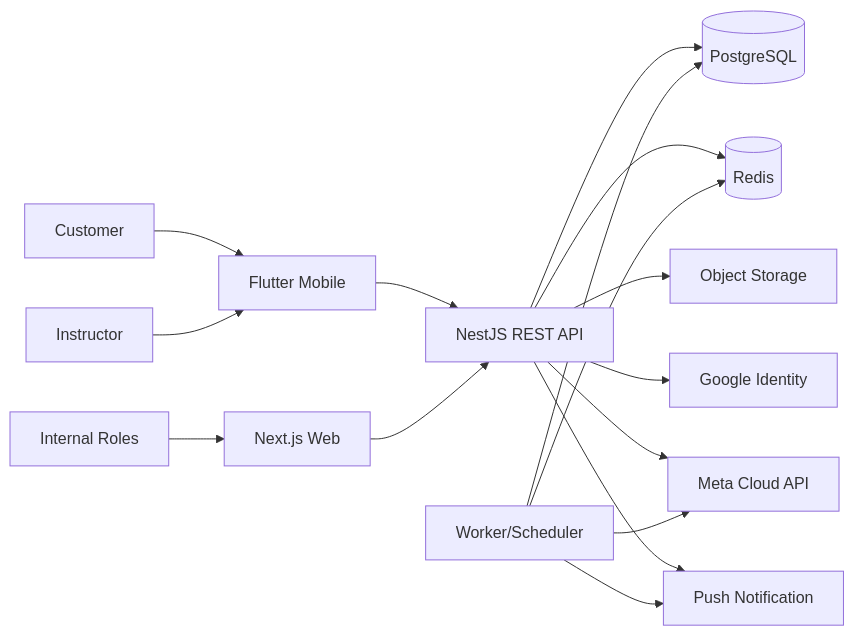
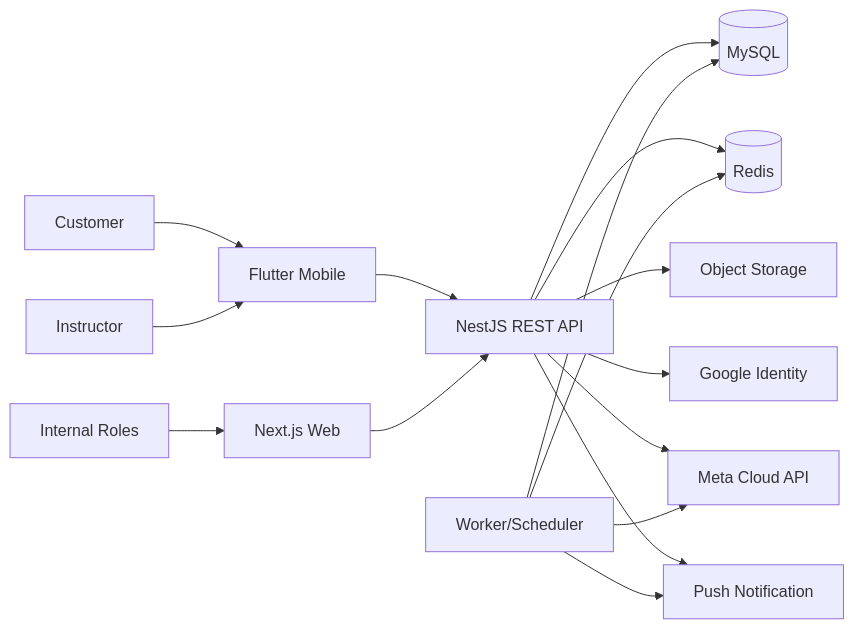
Before and after one commit to lrmcorp/littlerollers: the diagram in docs/technical/01-solution-architecture.md, drawn with Mermaid. The commit also changed other lines of this file and 813 other files, not shown here.

````diff
--- a/docs/technical/01-solution-architecture.md
+++ b/docs/technical/01-solution-architecture.md
@@ -11,18 +11,18 @@
 ```mermaid
 flowchart LR
   C[Customer] --> M[Flutter Mobile]
   I[Instructor] --> M
   S[Internal Roles] --> W[Next.js Web]
   M --> A[NestJS REST API]
   W --> A
-  A --> P[(PostgreSQL)]
+  A --> P[(MySQL)]
   A --> R[(Redis)]
   A --> O[Object Storage]
   A --> G[Google Identity]
   A --> WA[Meta Cloud API]
   A --> Push[Push Notification]
   Q[Worker/Scheduler] --> P
   Q --> R
   Q --> WA
   Q --> Push
 ```
````
